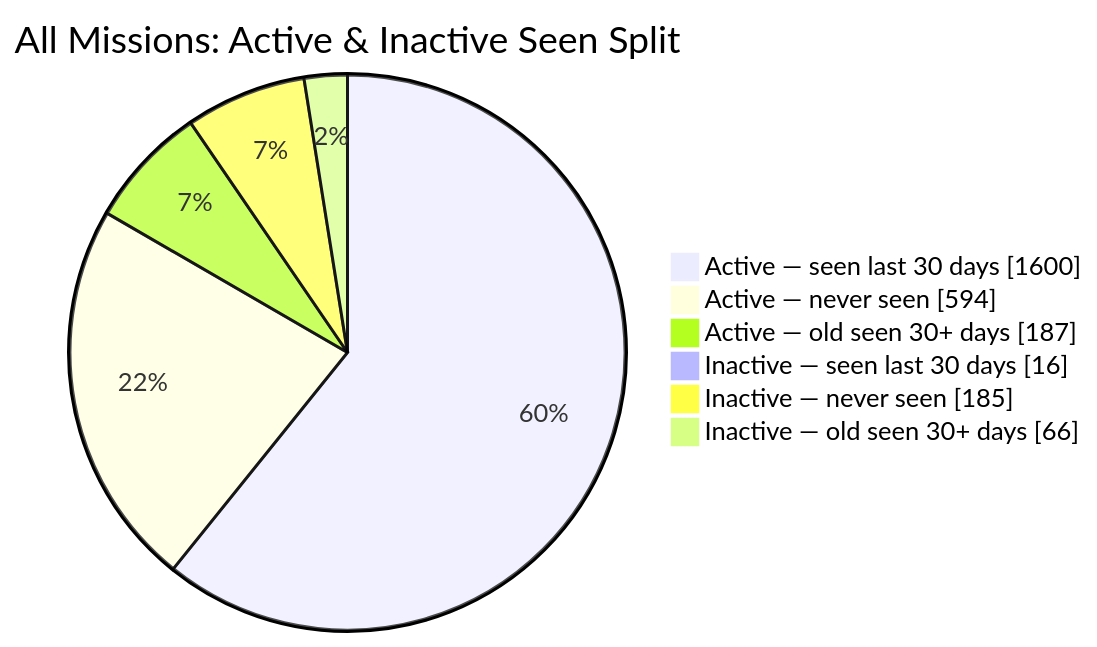
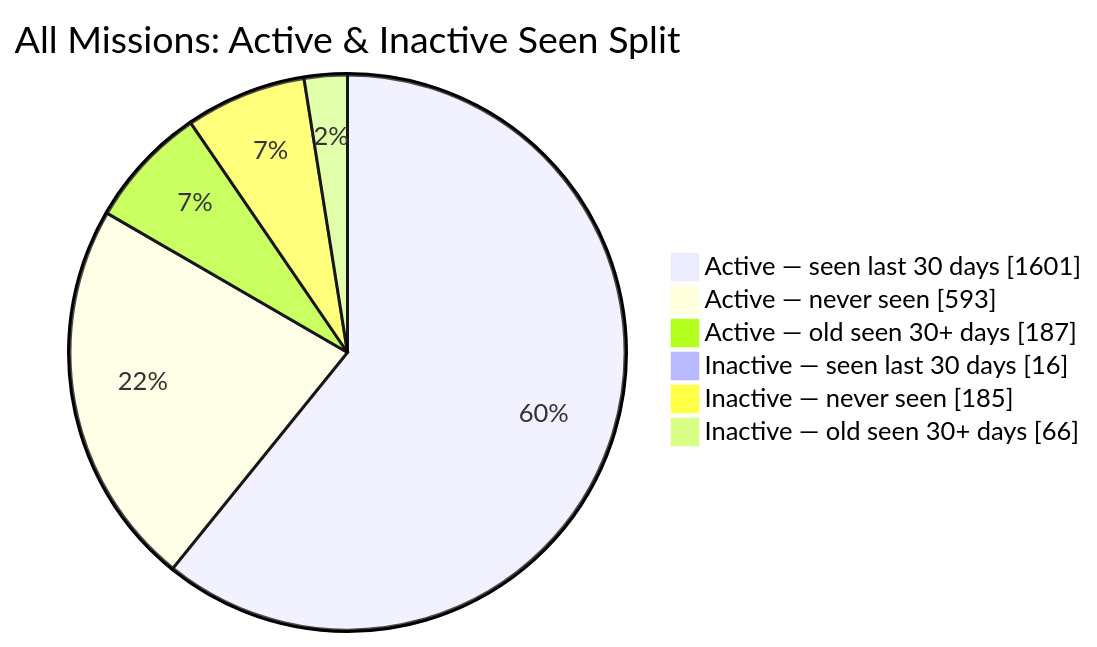
One commit to MeldkamerspelGameTeam/active-missions changed the second of 2 diagrams in README.md. Above: the diagram before and after it, drawn with Mermaid. The commit also changed other lines of this file and 2 other files, not shown here.

````diff
--- a/README.md
+++ b/README.md
@@ -44,10 +44,10 @@
 ```mermaid
 pie showData
     title All Missions: Active & Inactive Seen Split
-    "Active — seen last 30 days" : 1600
-    "Active — never seen" : 594
+    "Active — seen last 30 days" : 1601
+    "Active — never seen" : 593
     "Active — old seen 30+ days" : 187
     "Inactive — seen last 30 days" : 16
     "Inactive — never seen" : 185
     "Inactive — old seen 30+ days" : 66
 ```
````
